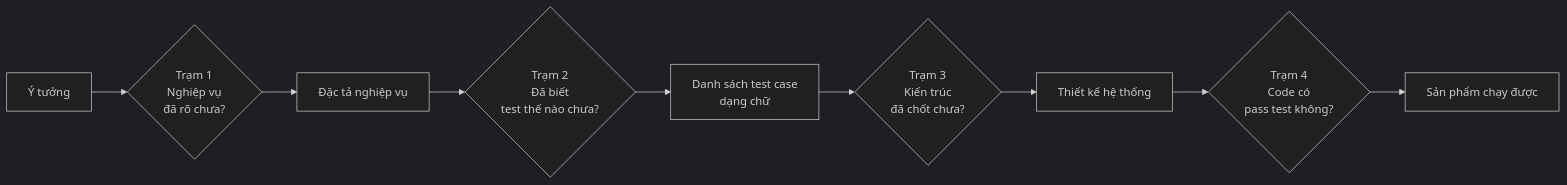
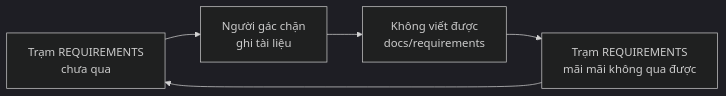
The first of 3 diagrams in answer.md (Kynderis/kendrick-ai-tools), drawn with Mermaid (dark theme) before and after one commit. The commit also changed other lines of this file and 2 other files, not shown here.

````diff
--- a/answer.md
+++ b/answer.md
@@ -45,11 +13,7 @@
 ```mermaid
 flowchart LR
-    A["Ý tưởng"] --> T1{"Trạm 1<br/>Nghiệp vụ<br/>đã rõ chưa?"}
-    T1 --> B["Đặc tả nghiệp vụ"]
-    B --> T2{"Trạm 2<br/>Đã biết<br/>test thế nào chưa?"}
-    T2 --> C["Danh sách test case<br/>dạng chữ"]
-    C --> T3{"Trạm 3<br/>Kiến trúc<br/>đã chốt chưa?"}
-    T3 --> D["Thiết kế hệ thống"]
-    D --> T4{"Trạm 4<br/>Code có<br/>pass test không?"}
-    T4 --> E["Sản phẩm chạy được"]
+    A["Trạm REQUIREMENTS<br/>chưa qua"] --> B["Người gác chặn<br/>ghi tài liệu"]
+    B --> C["Không viết được<br/>docs/requirements"]
+    C --> D["Trạm REQUIREMENTS<br/>mãi mãi không qua được"]
+    D --> A
 ```
````
